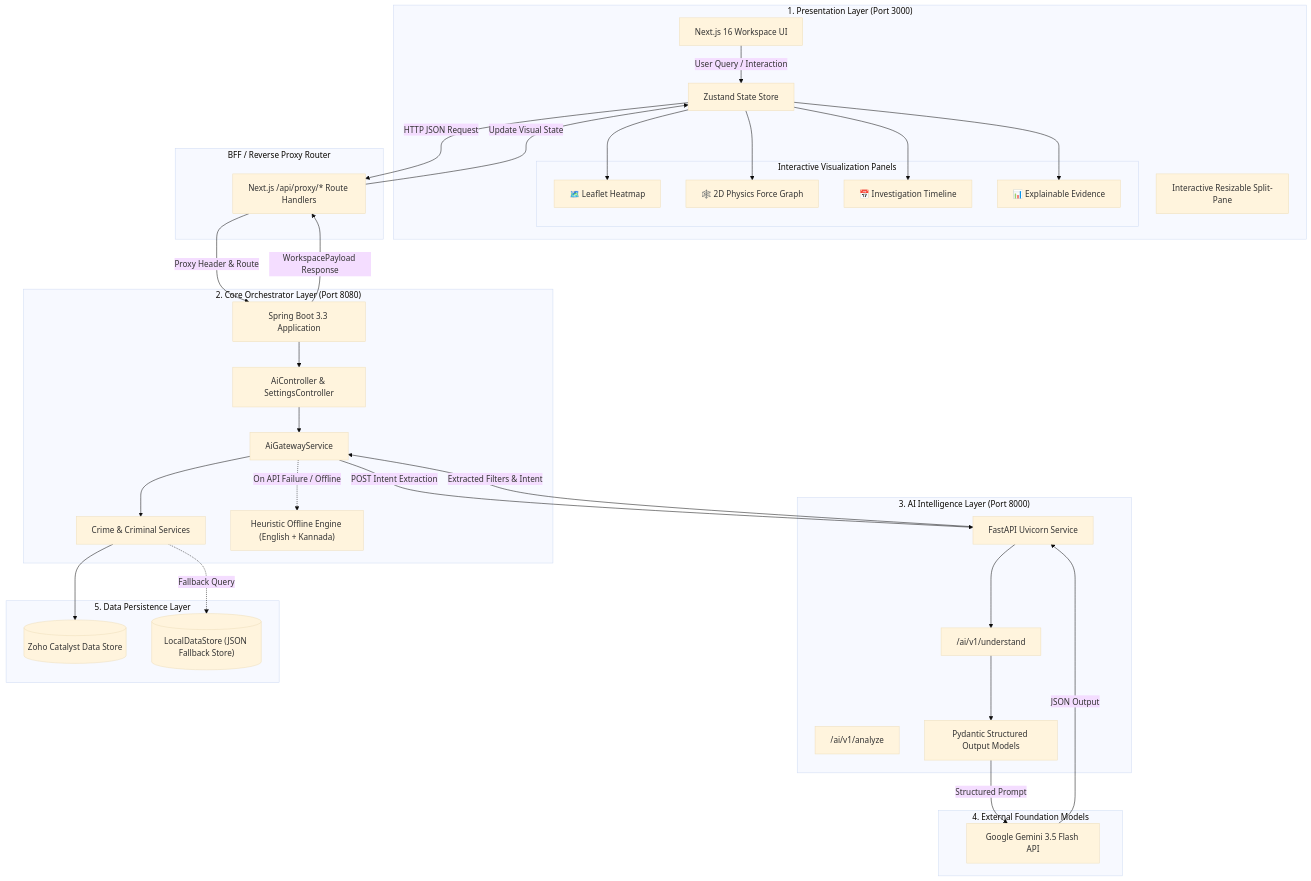
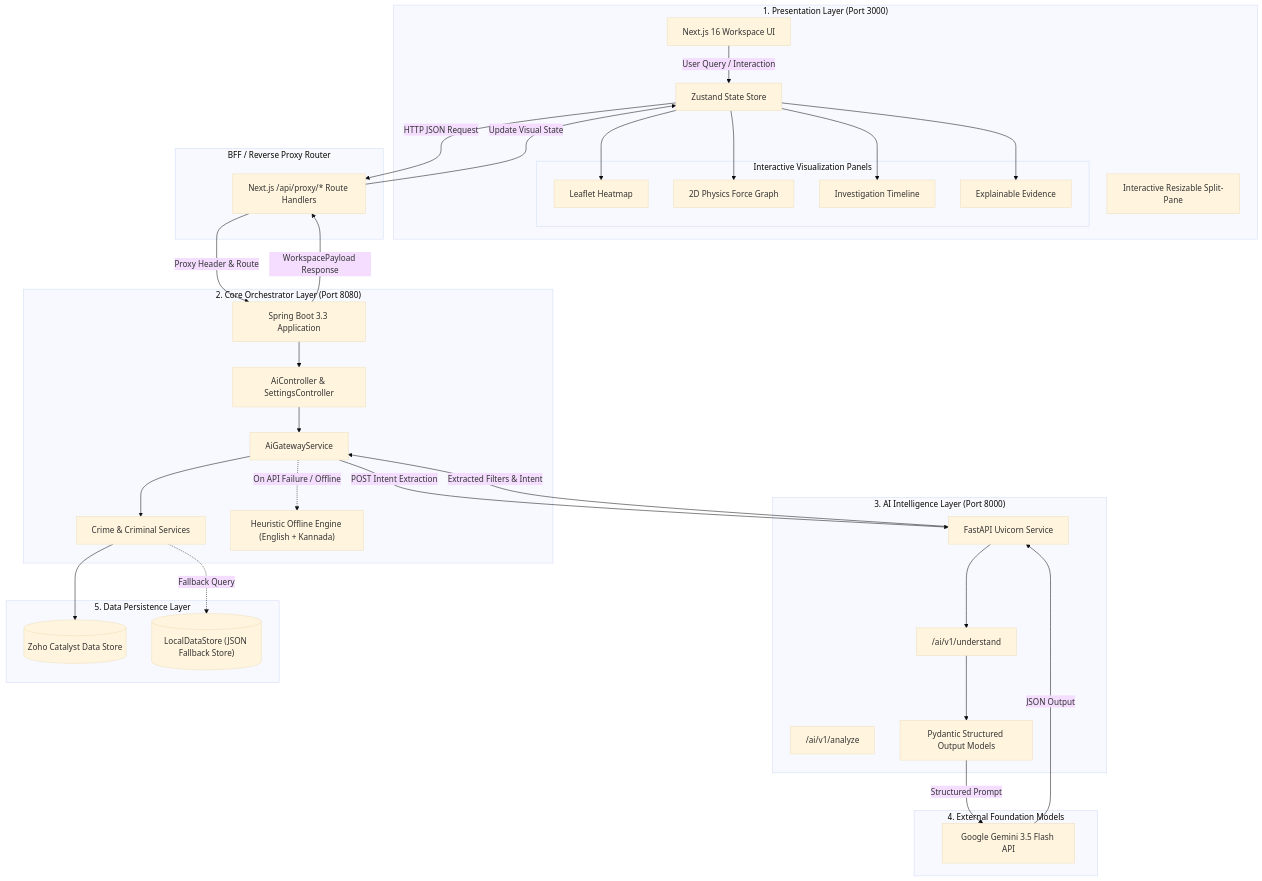
The first of 2 diagrams in README.md (goyalk01/KSP-Shodhana), drawn with Mermaid (base theme) before and after one commit. The commit also changed other lines of this file, not shown here.

````diff
--- a/README.md
+++ b/README.md
@@ -60,71 +60,71 @@
 ```mermaid
 flowchart TB
     subgraph ClientLayer ["1. Presentation Layer (Port 3000)"]
         UI["Next.js 16 Workspace UI"]
         Store["Zustand State Store"]
         SplitPane["Interactive Resizable Split-Pane"]
         
         subgraph Panels ["Interactive Visualization Panels"]
-            Heatmap["🗺️ Leaflet Heatmap"]
-            NetworkGraph["🕸️ 2D Physics Force Graph"]
-            Timeline["📅 Investigation Timeline"]
-            Evidence["📊 Explainable Evidence"]
+            Heatmap["Leaflet Heatmap"]
+            NetworkGraph["2D Physics Force Graph"]
+            Timeline["Investigation Timeline"]
+            Evidence["Explainable Evidence"]
         end
     end
 
     subgraph BFFProxy ["BFF / Reverse Proxy Router"]
         NextProxy["Next.js /api/proxy/* Route Handlers"]
     end
 
     subgraph BackendCore ["2. Core Orchestrator Layer (Port 8080)"]
         SpringBoot["Spring Boot 3.3 Application"]
         AiController["AiController & SettingsController"]
         AiGateway["AiGatewayService"]
         CrimeService["Crime & Criminal Services"]
         LocalFallback["Heuristic Offline Engine (English + Kannada)"]
     end
 
     subgraph AIGateway ["3. AI Intelligence Layer (Port 8000)"]
         FastAPI["FastAPI Uvicorn Service"]
         UnderstandRouter["/ai/v1/understand"]
         AnalyzeRouter["/ai/v1/analyze"]
         PydanticSchemas["Pydantic Structured Output Models"]
     end
 
     subgraph ExternalAI ["4. External Foundation Models"]
         Gemini["Google Gemini 3.5 Flash API"]
     end
 
     subgraph StorageLayer ["5. Data Persistence Layer"]
         CatalystDS[("Zoho Catalyst Data Store")]
         LocalStore[("LocalDataStore (JSON Fallback Store)")]
     end
 
     %% Data Flow Connections
     UI -->|User Query / Interaction| Store
     Store -->|HTTP JSON Request| NextProxy
     NextProxy -->|Proxy Header & Route| SpringBoot
     
     SpringBoot --> AiController
     AiController --> AiGateway
     
     AiGateway -->|POST Intent Extraction| FastAPI
     FastAPI --> UnderstandRouter
     UnderstandRouter --> PydanticSchemas
     PydanticSchemas -->|Structured Prompt| Gemini
     Gemini -->|JSON Output| FastAPI
     FastAPI -->|Extracted Filters & Intent| AiGateway
     
     AiGateway -.->|On API Failure / Offline| LocalFallback
     
     AiGateway --> CrimeService
     CrimeService --> CatalystDS
     CrimeService -.->|Fallback Query| LocalStore
     
     SpringBoot -->|WorkspacePayload Response| NextProxy
     NextProxy -->|Update Visual State| Store
     Store --> Heatmap
     Store --> NetworkGraph
     Store --> Timeline
     Store --> Evidence
 ```
````
